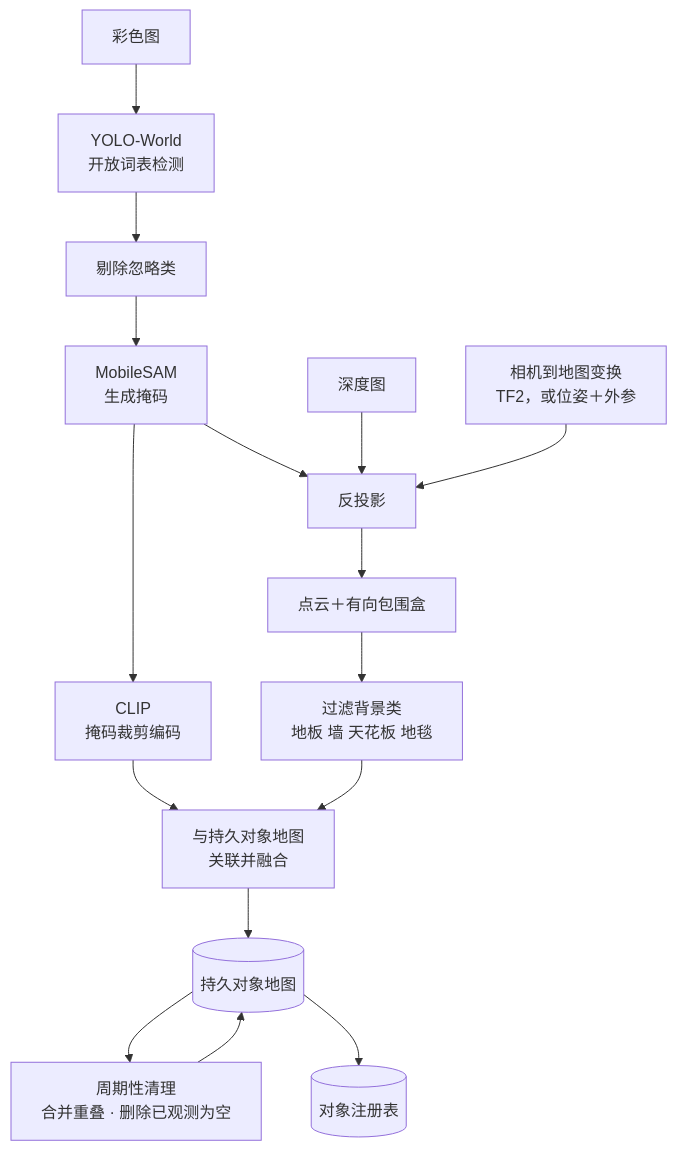
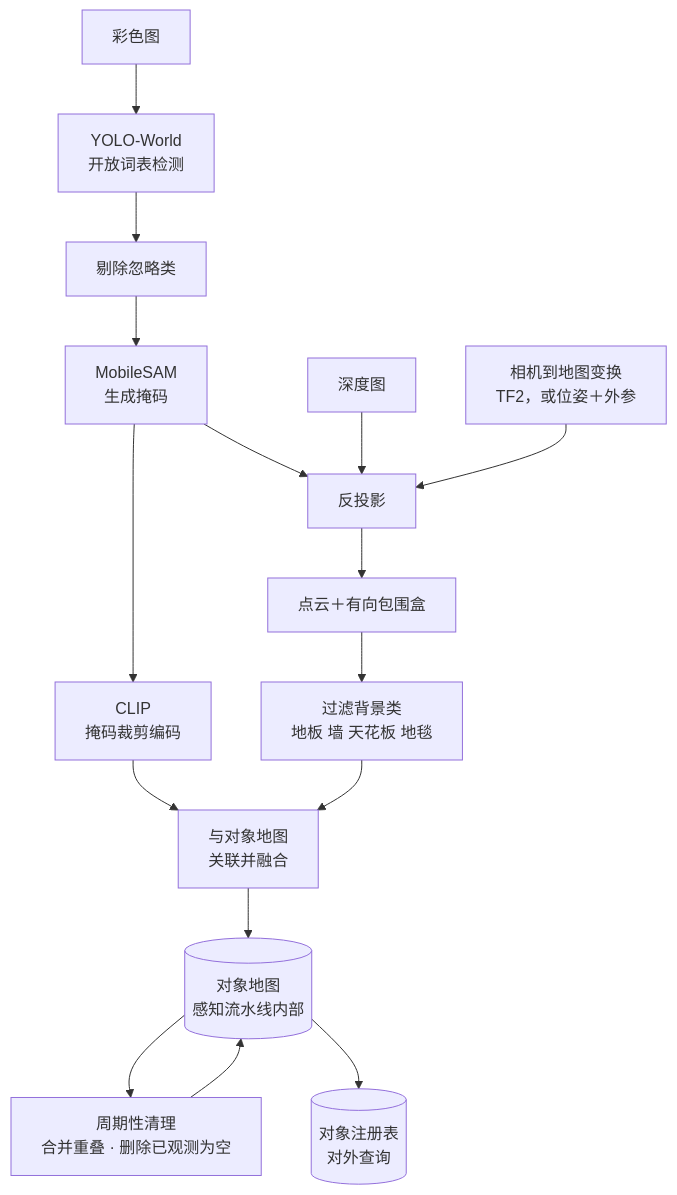
The diagram in docs/components/scene.md (syswonder/robonix-book), drawn with Mermaid before and after one commit. The commit also changed other lines of this file and 14 other files, not shown here.

````diff
--- a/docs/components/scene.md
+++ b/docs/components/scene.md
@@ -82,18 +82,18 @@
 ```mermaid
 flowchart TB
   RGB["彩色图"] --> DET["YOLO-World<br/>开放词表检测"]
   DET --> FLT1["剔除忽略类"]
   FLT1 --> SEG["MobileSAM<br/>生成掩码"]
   SEG --> CLIP["CLIP<br/>掩码裁剪编码"]
   SEG --> PROJ["反投影"]
   D["深度图"] --> PROJ
   TF["相机到地图变换<br/>TF2，或位姿＋外参"] --> PROJ
   PROJ --> GEO["点云＋有向包围盒"]
   CLIP --> ASSOC
   GEO --> FLT2["过滤背景类<br/>地板 墙 天花板 地毯"]
-  FLT2 --> ASSOC["与持久对象地图<br/>关联并融合"]
-  ASSOC --> MAP[("持久对象地图")]
+  FLT2 --> ASSOC["与对象地图<br/>关联并融合"]
+  ASSOC --> MAP[("对象地图<br/>感知流水线内部")]
   MAP --> CLEAN["周期性清理<br/>合并重叠 · 删除已观测为空"]
   CLEAN --> MAP
-  MAP --> REG[("对象注册表")]
+  MAP --> REG[("对象注册表<br/>对外查询")]
 ```
````
